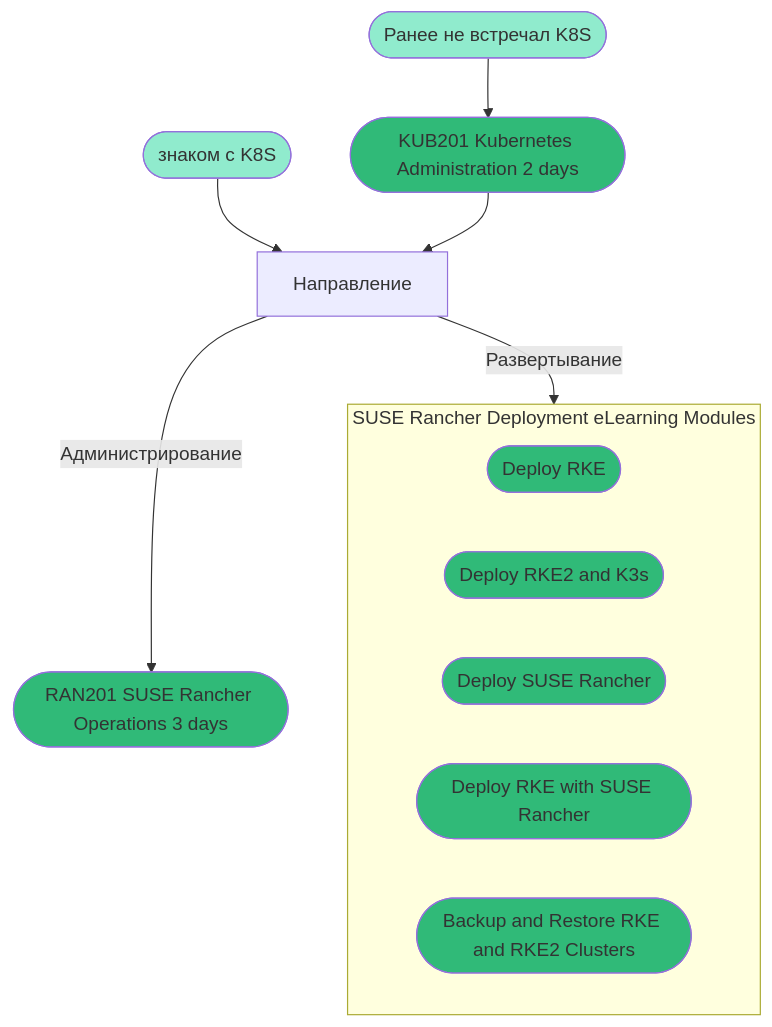
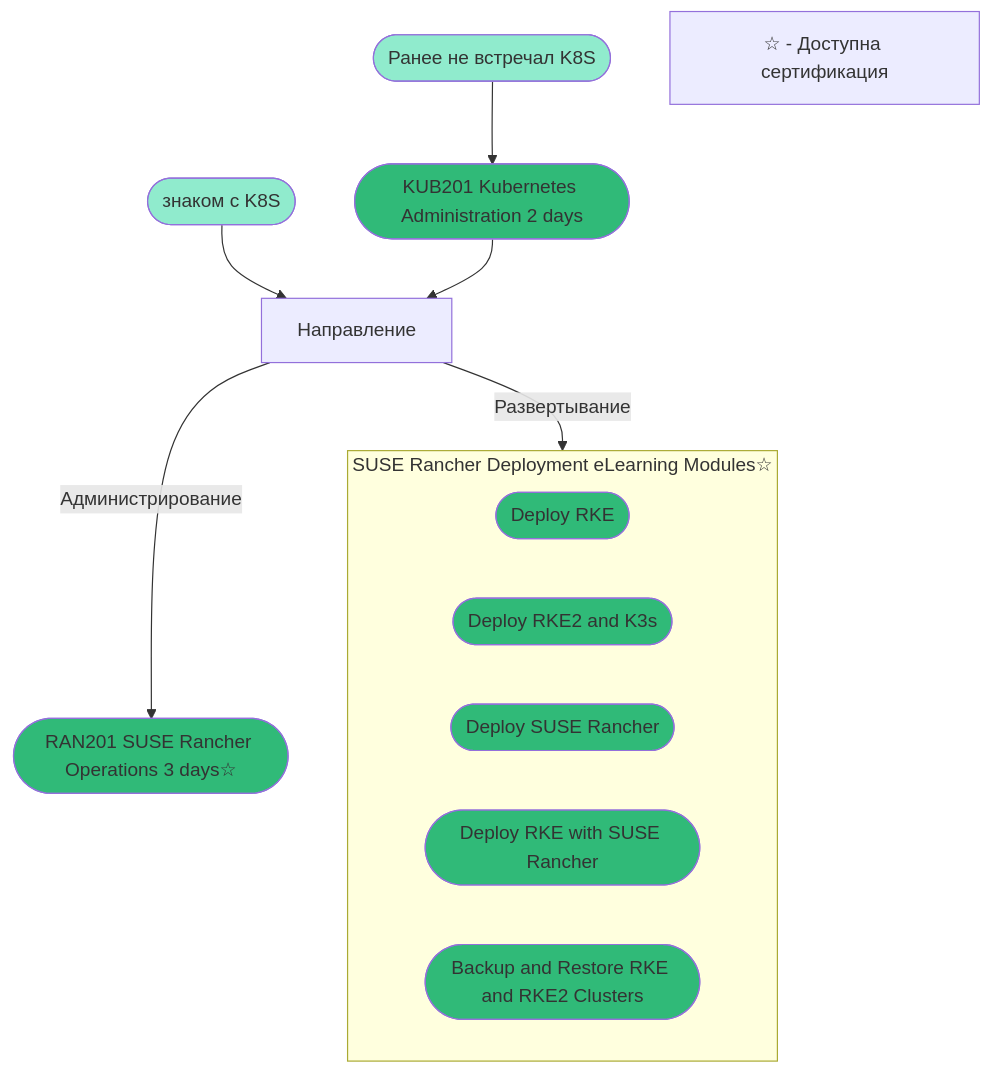
One commit to dff1980/documentation changed the diagram in Rancher-cource.md. Above: the diagram before and after it, drawn with Mermaid. The commit also changed other lines of this file, not shown here.

````diff
--- a/Rancher-cource.md
+++ b/Rancher-cource.md
@@ -2,26 +3,27 @@
 ```mermaid
 flowchart TB
 style id10 fill:#90EBCD
 style id11 fill:#90EBCD
 style id1 fill:#30BA78
 style id2 fill:#30BA78
 style id3 fill:#30BA78
 style id4 fill:#30BA78
 style id5 fill:#30BA78
 style id6 fill:#30BA78
 style id7 fill:#30BA78
 
 
   id10([Ранее не встречал K8S]) --> id1([KUB201 Kubernetes Administration 2 days])
   id11([знаком с K8S]) --> id20[Направление]
   id1 --> id20
-  id20 --> |Администрирование| id2([RAN201 SUSE Rancher Operations 3 days])
+  id20 --> |Администрирование| id2(["RAN201 SUSE Rancher Operations 3 days#star;"])
   id20 --> |Развертывание| d30
-  subgraph d30 [SUSE Rancher Deployment eLearning Modules]
+  subgraph d30 ["SUSE Rancher Deployment eLearning Modules#star;"]
     id3([Deploy RKE])
     id4([Deploy RKE2 and K3s])
     id5([Deploy SUSE Rancher])
     id6([Deploy RKE with SUSE Rancher])
     id7([Backup and Restore RKE and RKE2 Clusters])
   end
+id40["#star; - Доступна сертификация"]
 ```
````
